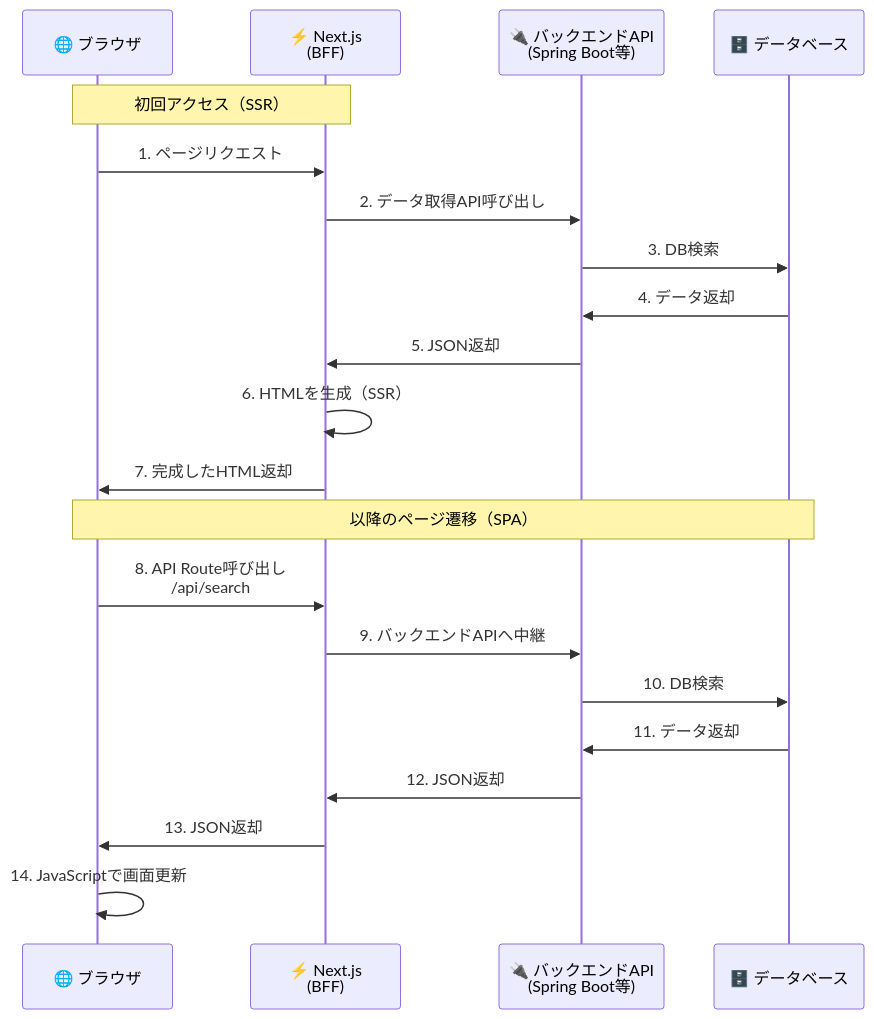
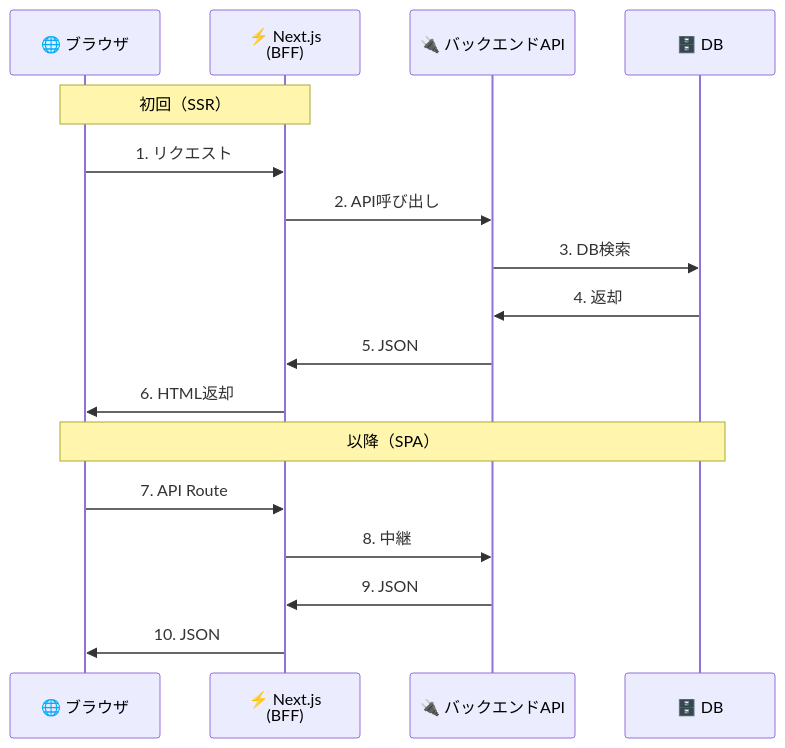
The ninth of 10 diagrams in docs/src/web-basics/index.md (im-sts-miyamoto/mkdocs), drawn with Mermaid before and after one commit. The commit also changed other lines of this file, not shown here.

````diff
--- a/docs/src/web-basics/index.md
+++ b/docs/src/web-basics/index.md
@@ -259,25 +541,21 @@
     ```mermaid
     sequenceDiagram
         participant Browser as 🌐 ブラウザ
         participant BFF as ⚡ Next.js<br/>(BFF)
-        participant API as 🔌 バックエンドAPI<br/>(Spring Boot等)
-        participant DB as 🗄️ データベース
+        participant API as 🔌 バックエンドAPI
+        participant DB as 🗄️ DB
 
-        Note over Browser,BFF: 初回アクセス（SSR）
-        Browser->>BFF: 1. ページリクエスト
-        BFF->>API: 2. データ取得API呼び出し
+        Note over Browser,BFF: 初回（SSR）
+        Browser->>BFF: 1. リクエスト
+        BFF->>API: 2. API呼び出し
         API->>DB: 3. DB検索
-        DB->>API: 4. データ返却
-        API->>BFF: 5. JSON返却
-        BFF->>BFF: 6. HTMLを生成（SSR）
-        BFF->>Browser: 7. 完成したHTML返却
+        DB->>API: 4. 返却
+        API->>BFF: 5. JSON
+        BFF->>Browser: 6. HTML返却
 
-        Note over Browser,DB: 以降のページ遷移（SPA）
-        Browser->>BFF: 8. API Route呼び出し<br/>/api/search
-        BFF->>API: 9. バックエンドAPIへ中継
-        API->>DB: 10. DB検索
-        DB->>API: 11. データ返却
-        API->>BFF: 12. JSON返却
-        BFF->>Browser: 13. JSON返却
-        Browser->>Browser: 14. JavaScriptで画面更新
+        Note over Browser,DB: 以降（SPA）
+        Browser->>BFF: 7. API Route
+        BFF->>API: 8. 中継
+        API->>BFF: 9. JSON
+        BFF->>Browser: 10. JSON
     ```
````
